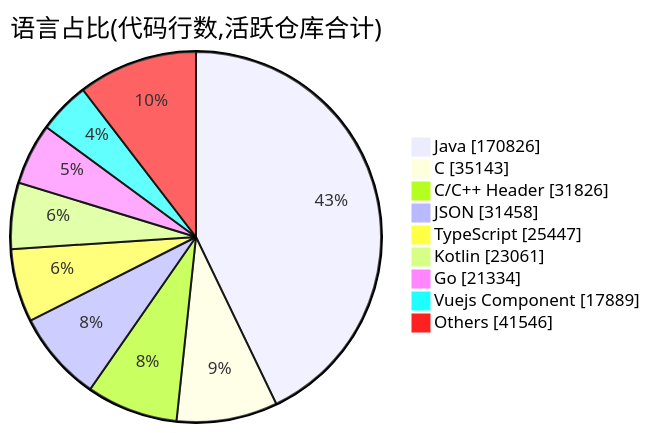
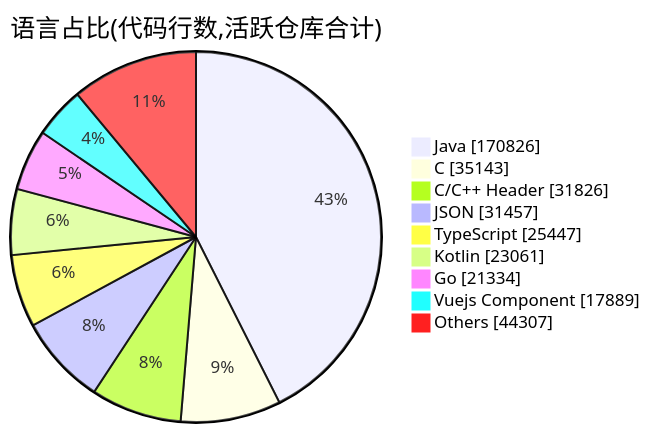
One commit to Conflux-Union/.github changed the second of 2 diagrams in profile/README.md. Above: the diagram before and after it, drawn with Mermaid. The commit also changed other lines of this file and 1 other file, not shown here.

````diff
--- a/profile/README.md
+++ b/profile/README.md
@@ -83,13 +84,13 @@
 ```mermaid
 pie showData
     title 语言占比(代码行数,活跃仓库合计)
     "Java" : 170826
     "C" : 35143
     "C/C++ Header" : 31826
-    "JSON" : 31458
+    "JSON" : 31457
     "TypeScript" : 25447
     "Kotlin" : 23061
     "Go" : 21334
     "Vuejs Component" : 17889
-    "Others" : 41546
+    "Others" : 44307
 ```
````
